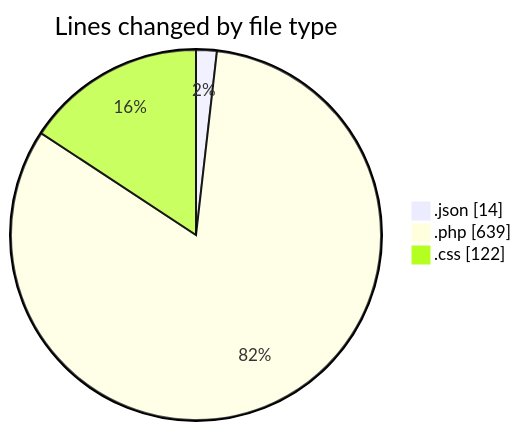
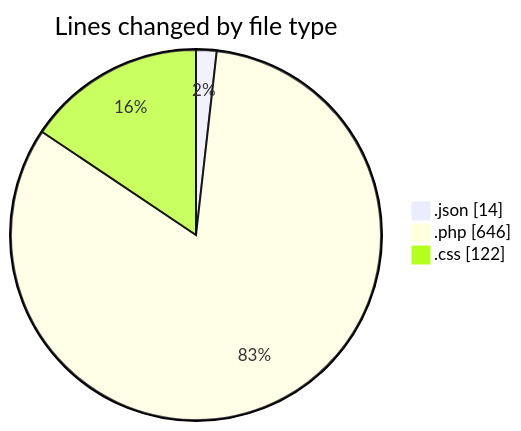
One commit to debugP/code-tracking changed the first of 2 diagrams in 2026-07-27/untitled__workspace_/README.md. Above: the diagram before and after it, drawn with Mermaid. The commit also changed other lines of this file and 1 other file, not shown here.

````diff
--- a/2026-07-27/untitled__workspace_/README.md
+++ b/2026-07-27/untitled__workspace_/README.md
@@ -23,7 +23,7 @@
 ```mermaid
 pie showData
 title Lines changed by file type
 ".json" : 14
-".php" : 639
+".php" : 646
 ".css" : 122
 ```
````
